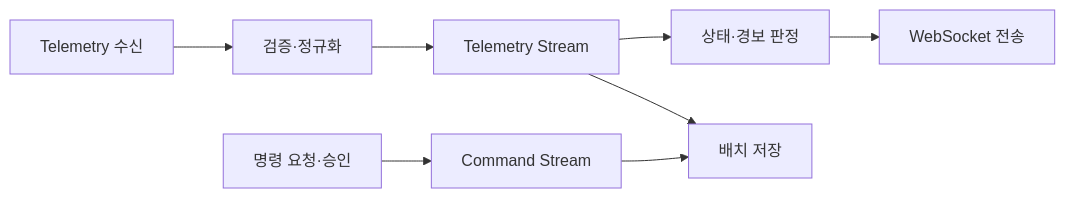
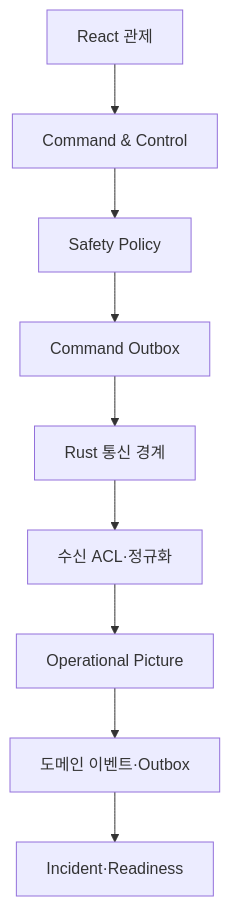
The diagram in docs/planning/02_백엔드_아키텍처.md (croppedeyebrow/Military_Project-AeroOps), drawn with Mermaid before and after one commit. The commit also changed other lines of this file and 27 other files, not shown here.

````diff
--- a/docs/planning/02_백엔드_아키텍처.md
+++ b/docs/planning/02_백엔드_아키텍처.md
@@ -27,10 +50,11 @@
 ```mermaid
-flowchart LR
-    RX["Telemetry 수신"] --> VALID["검증·정규화"]
-    VALID --> TSTREAM["Telemetry Stream"]
-    CMD["명령 요청·승인"] --> CSTREAM["Command Stream"]
-    TSTREAM --> RULE["상태·경보 판정"]
-    TSTREAM --> SAVE["배치 저장"]
-    CSTREAM --> SAVE
-    RULE --> PUSH["WebSocket 전송"]
+flowchart TD
+    EDGE["Rust 통신 경계"] --> ACL["수신 ACL·정규화"]
+    ACL --> OP["Operational Picture"]
+    OP --> EVENT["도메인 이벤트·Outbox"]
+    EVENT --> INC["Incident·Readiness"]
+    UI["React 관제"] --> C2["Command & Control"]
+    C2 --> POLICY["Safety Policy"]
+    POLICY --> OUT["Command Outbox"]
+    OUT --> EDGE
 ```
````
